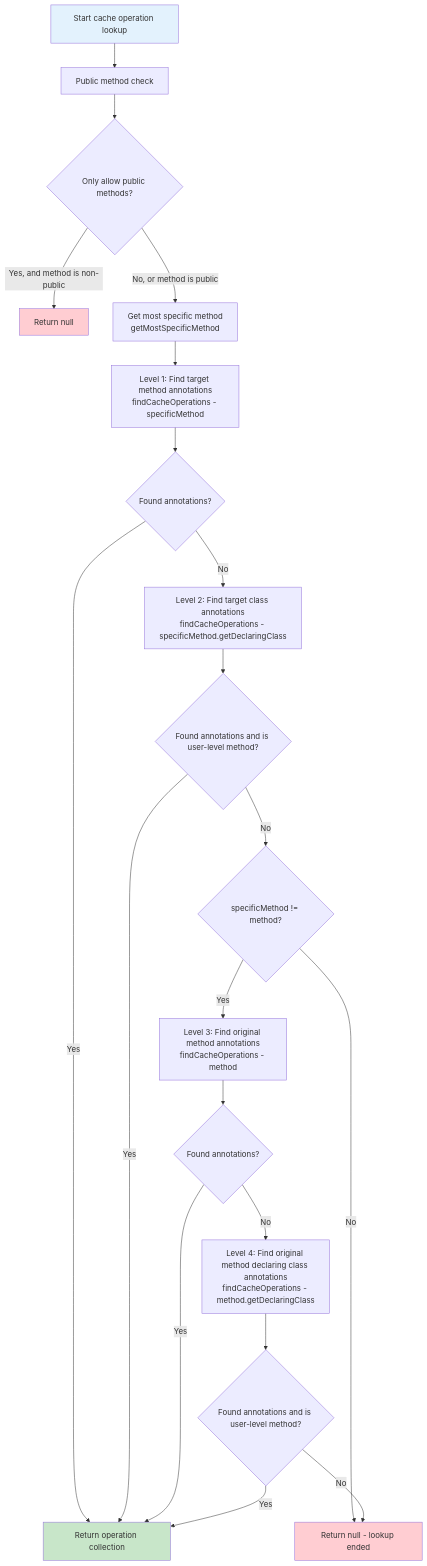
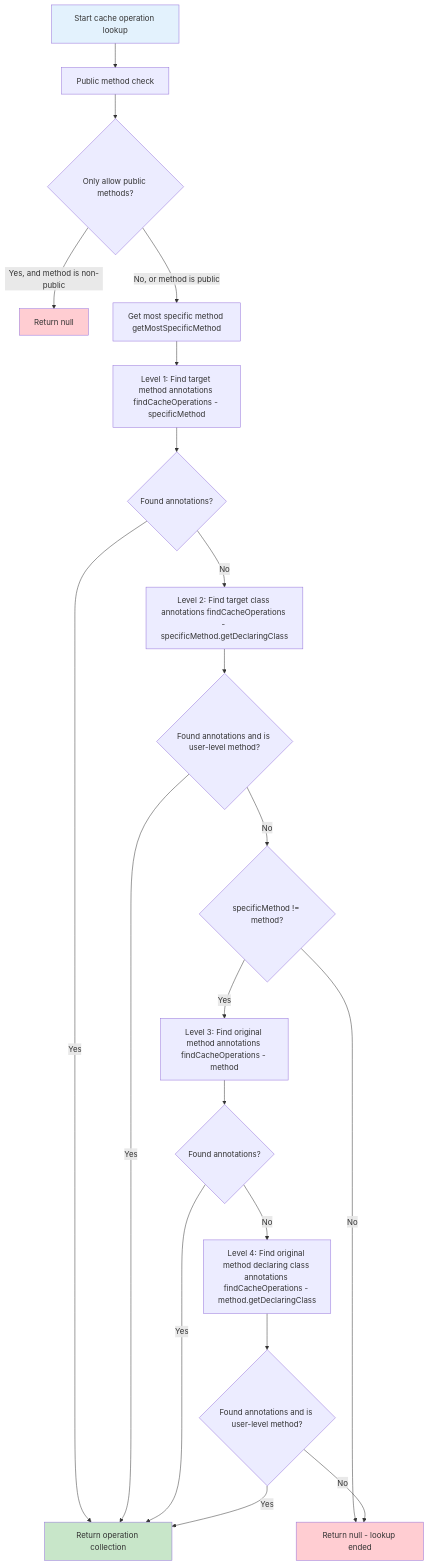
One commit to DavidHLP/blog changed the third of 8 diagrams in src/content/note/en/spring-cache-cacheoperation-source-analysis.md. Above: the diagram before and after it, drawn with Mermaid. The commit also changed other lines of this file and 1 other file, not shown here.

````diff
--- a/src/content/note/en/spring-cache-cacheoperation-source-analysis.md
+++ b/src/content/note/en/spring-cache-cacheoperation-source-analysis.md
@@ -277,32 +277,32 @@
 ```mermaid
 flowchart TD
     A["Start cache operation lookup"] --> B["Public method check"]
     B --> C{"Only allow public methods?"}
     C -->|Yes, and method is non-public| D["Return null"]
-    C -->|No, or method is public| E["Get most specific method\ngetMostSpecificMethod"]
+    C -->|No, or method is public| E["Get most specific method getMostSpecificMethod"]
 
-    E --> F["Level 1: Find target method annotations\nfindCacheOperations - specificMethod"]
+    E --> F["Level 1: Find target method annotations findCacheOperations - specificMethod"]
     F --> G{"Found annotations?"}
     G -->|Yes| H["Return operation collection"]
 
-    G -->|No| I["Level 2: Find target class annotations\nfindCacheOperations - specificMethod.getDeclaringClass"]
+    G -->|No| I["Level 2: Find target class annotations findCacheOperations - specificMethod.getDeclaringClass"]
     I --> J{"Found annotations and is user-level method?"}
     J -->|Yes| H
 
     J -->|No| K{"specificMethod != method?"}
     K -->|No| L["Return null - lookup ended"]
 
-    K -->|Yes| M["Level 3: Find original method annotations\nfindCacheOperations - method"]
+    K -->|Yes| M["Level 3: Find original method annotations findCacheOperations - method"]
     M --> N{"Found annotations?"}
     N -->|Yes| H
 
-    N -->|No| O["Level 4: Find original method declaring class annotations\nfindCacheOperations - method.getDeclaringClass"]
+    N -->|No| O["Level 4: Find original method declaring class annotations findCacheOperations - method.getDeclaringClass"]
     O --> P{"Found annotations and is user-level method?"}
     P -->|Yes| H
     P -->|No| L
 
     style A fill:#e3f2fd
     style H fill:#c8e6c9
     style L fill:#ffcdd2
     style D fill:#ffcdd2
 ```
````
